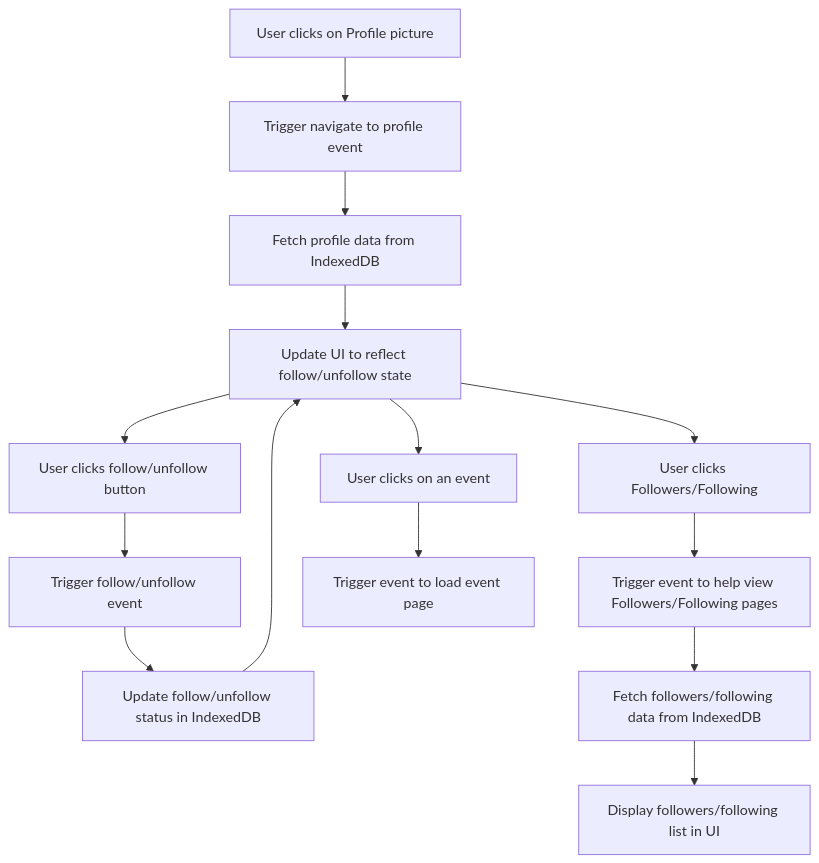
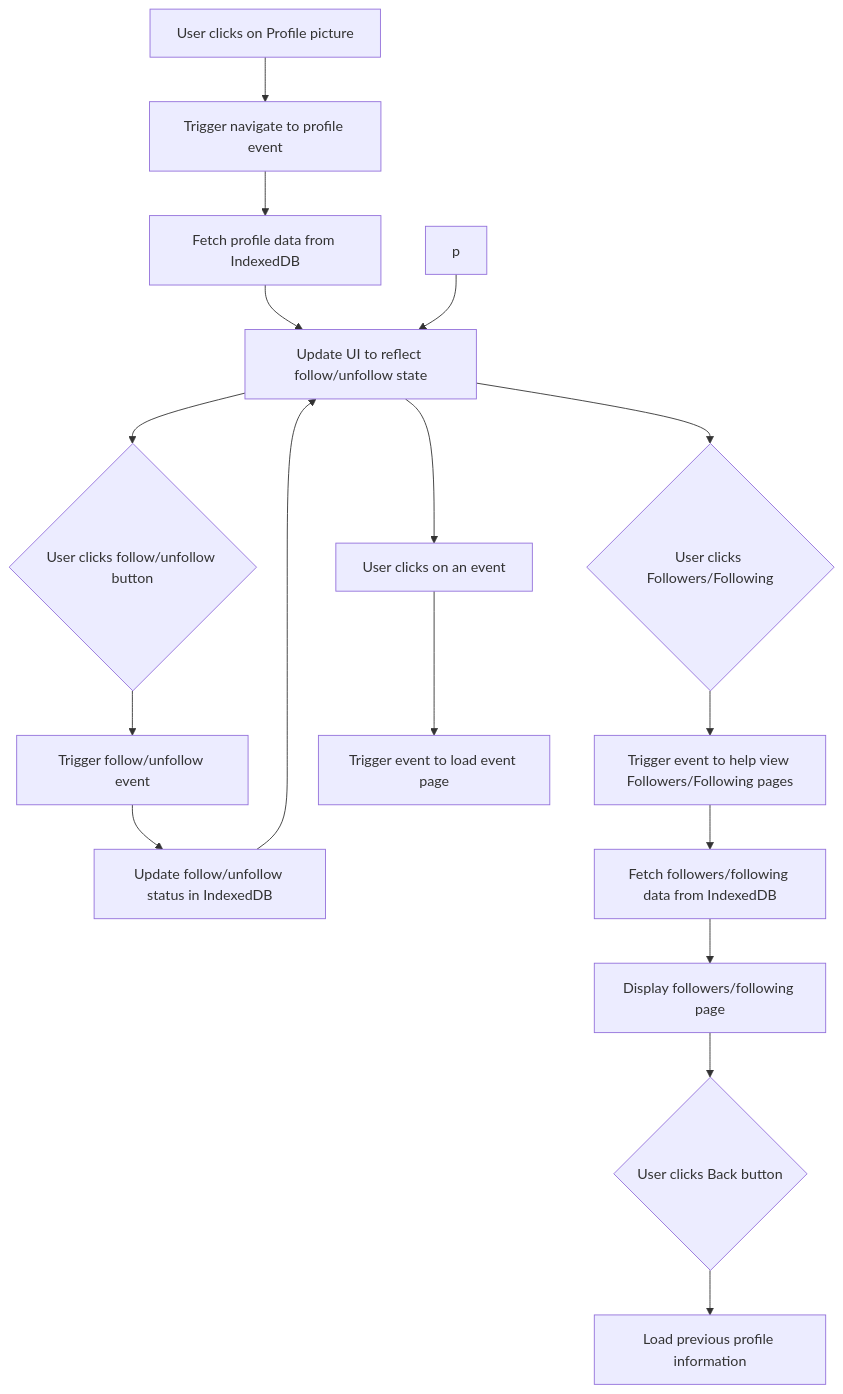
The diagram in team/m3/erika-lam-f/feature-sequence-diagram.md (sophiatangg/CS326Team26), drawn with Mermaid before and after one commit.

````diff
--- a/team/m3/erika-lam-f/feature-sequence-diagram.md
+++ b/team/m3/erika-lam-f/feature-sequence-diagram.md
@@ -3,19 +3,22 @@
 ```mermaid
 flowchart TD
     A[User clicks on Profile picture] --> B[Trigger navigate to profile event];
     B --> C[Fetch profile data from IndexedDB];
     C --> D[Update UI with profile information];
 
-    D --> E[User clicks follow/unfollow button];
+    D --> E{User clicks follow/unfollow button};
     E --> F[Trigger follow/unfollow event];
     F --> G[Update follow/unfollow status in IndexedDB];
     G --> D[Update UI to reflect follow/unfollow state];
 
-    D --> I[User clicks Followers/Following];
+    D --> I{User clicks Followers/Following};
     I --> J[Trigger event to help view Followers/Following pages];
     J --> K[Fetch followers/following data from IndexedDB];
-    K --> L[Display followers/following list in UI];
+    K --> L[Display followers/following page];
+    L --> O{User clicks Back button};
+    O --> P[Load previous profile information]
+    p --> D
 
     D --> M[User clicks on an event];
     M --> N[Trigger event to load event page];
 ```
````
